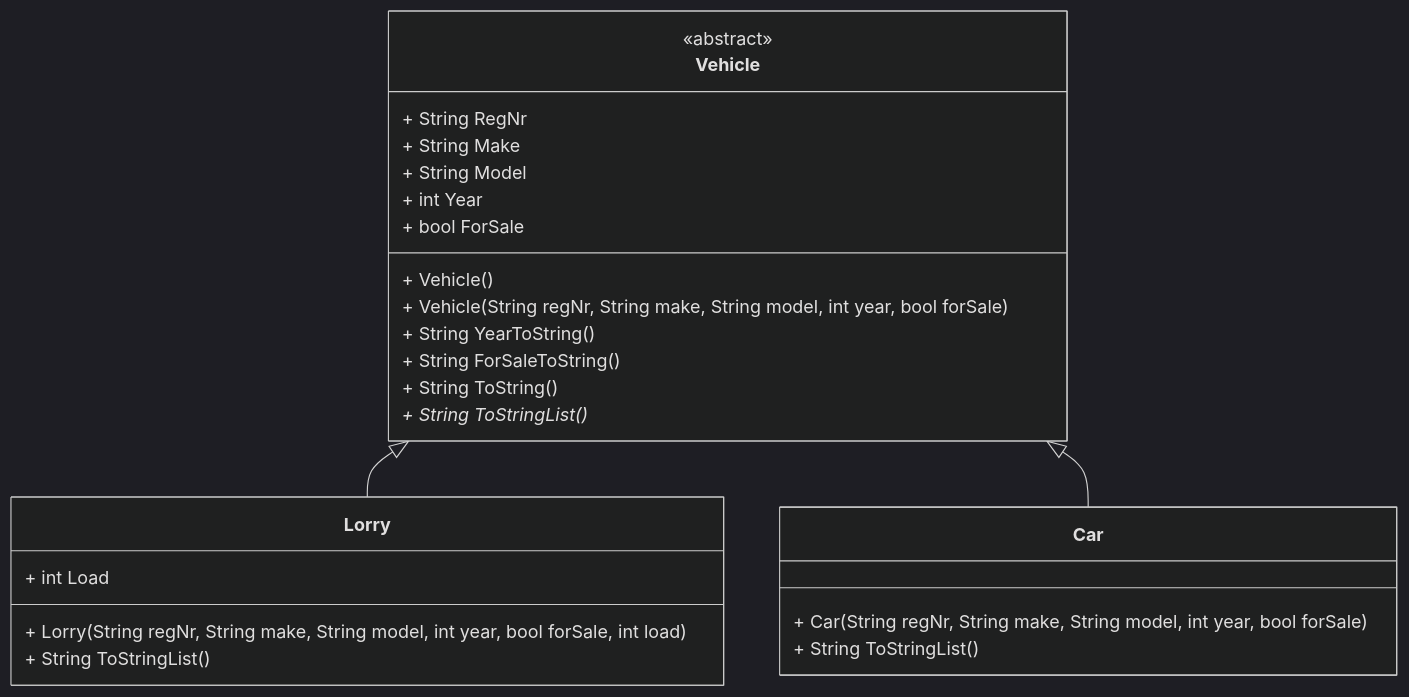
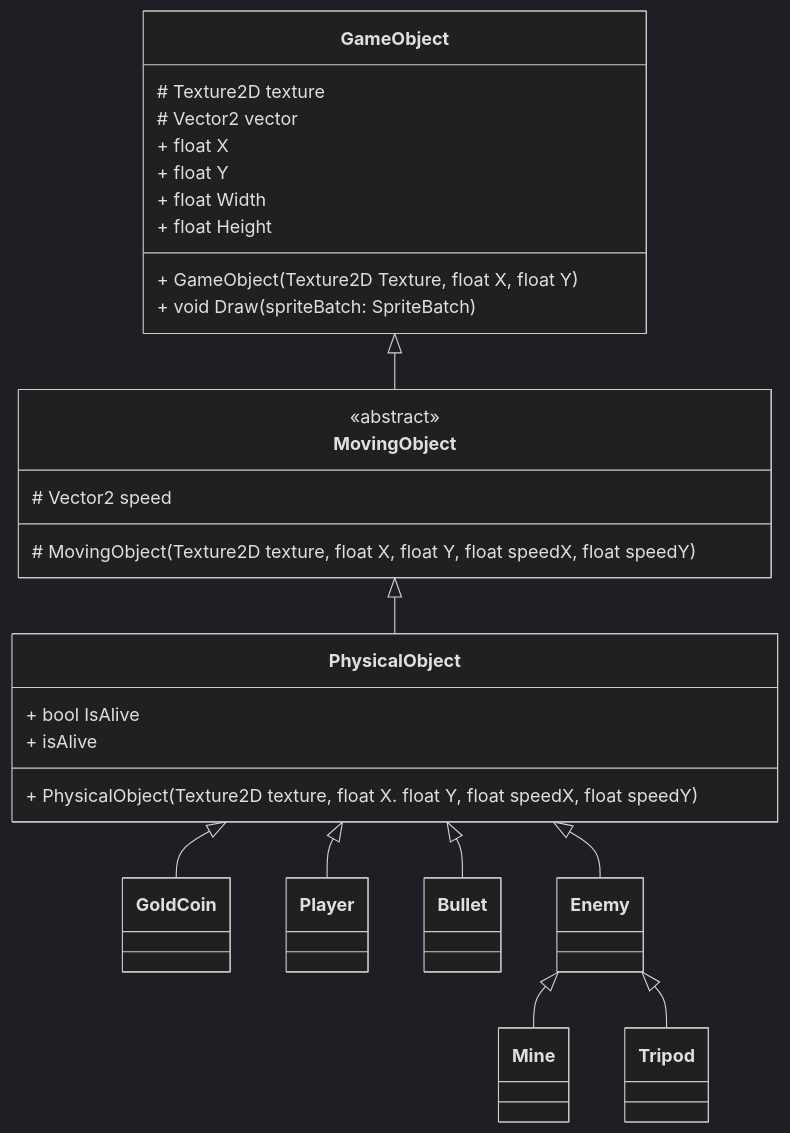
One commit to alfredreintz/ALGY-programmering02 changed the diagram in SpaceShooter/diagrams/diagram.mmd. Above: the diagram before and after it, drawn with Mermaid. The commit also changed other lines of this file, not shown here.

```diff
--- a/SpaceShooter/diagrams/diagram.mmd
+++ b/SpaceShooter/diagrams/diagram.mmd
@@ -1,35 +1,55 @@
 %%{
   init: {
     'theme': 'dark'
   }
 }%%
 classDiagram
-    class Vehicle {
-        <<abstract>>
-        + String RegNr
-        + String Make
-        + String Model
-        + int Year
-        + bool ForSale
-        + Vehicle()
-        + Vehicle(String regNr, String make, String model, int year, bool forSale)
-        + String YearToString()
-        + String ForSaleToString()
-        + String ToString()
-        + String ToStringList()*
+    class GameObject {
+        # Texture2D texture
+        # Vector2 vector
+        + float X
+        + float Y
+        + float Width
+        + float Height
+        + GameObject(Texture2D Texture, float X, float Y)
+        + void Draw(spriteBatch: SpriteBatch)
     }
 
-%% Car har inga medlemmar, vi kan också skriva Car {}
-    class Car {
-        + Car(String regNr, String make, String model, int year, bool forSale)
-        + String ToStringList()
-    }
-    class Lorry {
-        + int Load
-        + Lorry(String regNr, String make, String model, int year, bool forSale, int load)
-        + String ToStringList()
+    class MovingObject {
+        <<abstract>>
+        # Vector2 speed
+        # MovingObject(Texture2D texture, float X, float Y, float speedX, float speedY)
     }
 
+    class PhysicalObject {
+        + bool IsAlive
+        + PhysicalObject(Texture2D texture, float X. float Y, float speedX, float speedY)
+        + isAlive
+    }
+
+    class GoldCoin {
+    }
+
+    class Player {
+    }
+
+    class Bullet {
+    }
+
+    class Enemy {
+    }
+
+    class Mine {
+    }
+
+    class Tripod {
+    }
 %% Ager arvet, Car ärver av Vehicle
-    Vehicle <|-- Lorry
-    Vehicle <|-- Car
+    GameObject <|-- MovingObject
+    MovingObject <|-- PhysicalObject
+    PhysicalObject <|--  GoldCoin 
+    PhysicalObject <|--  Player 
+    PhysicalObject <|--  Bullet 
+    PhysicalObject <|--  Enemy 
+    Enemy <|-- Mine
+    Enemy <|-- Tripod
```
